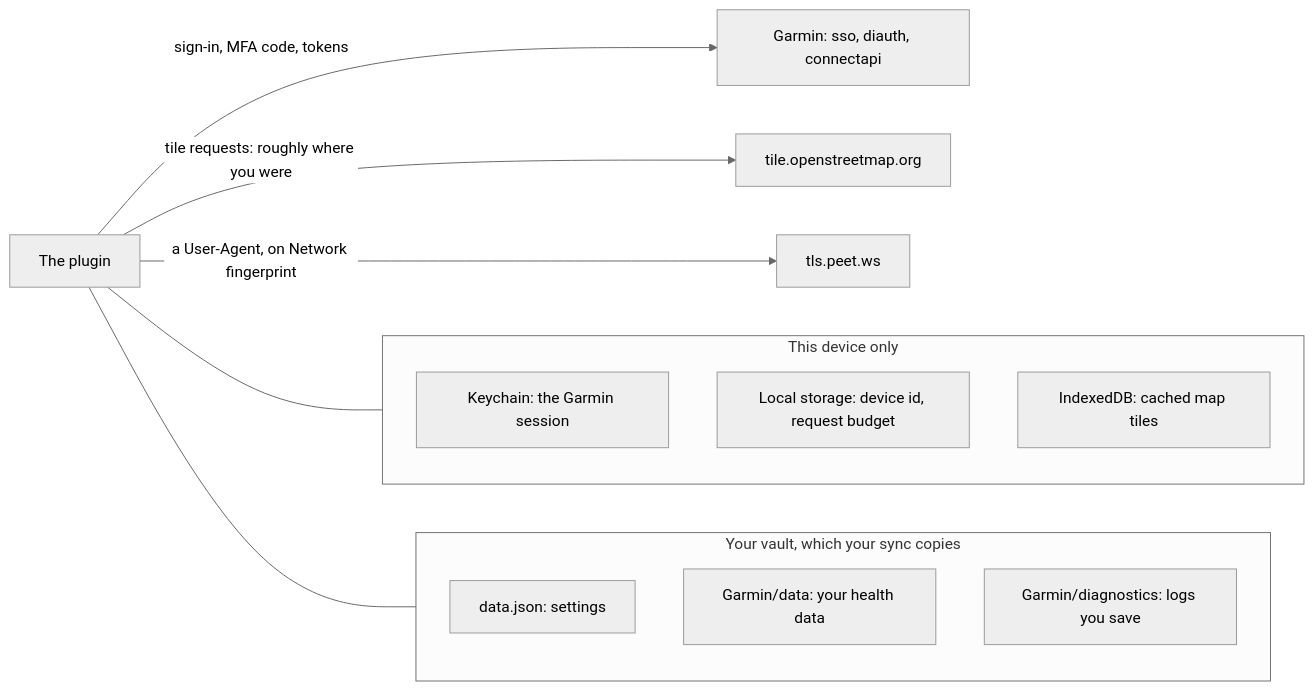
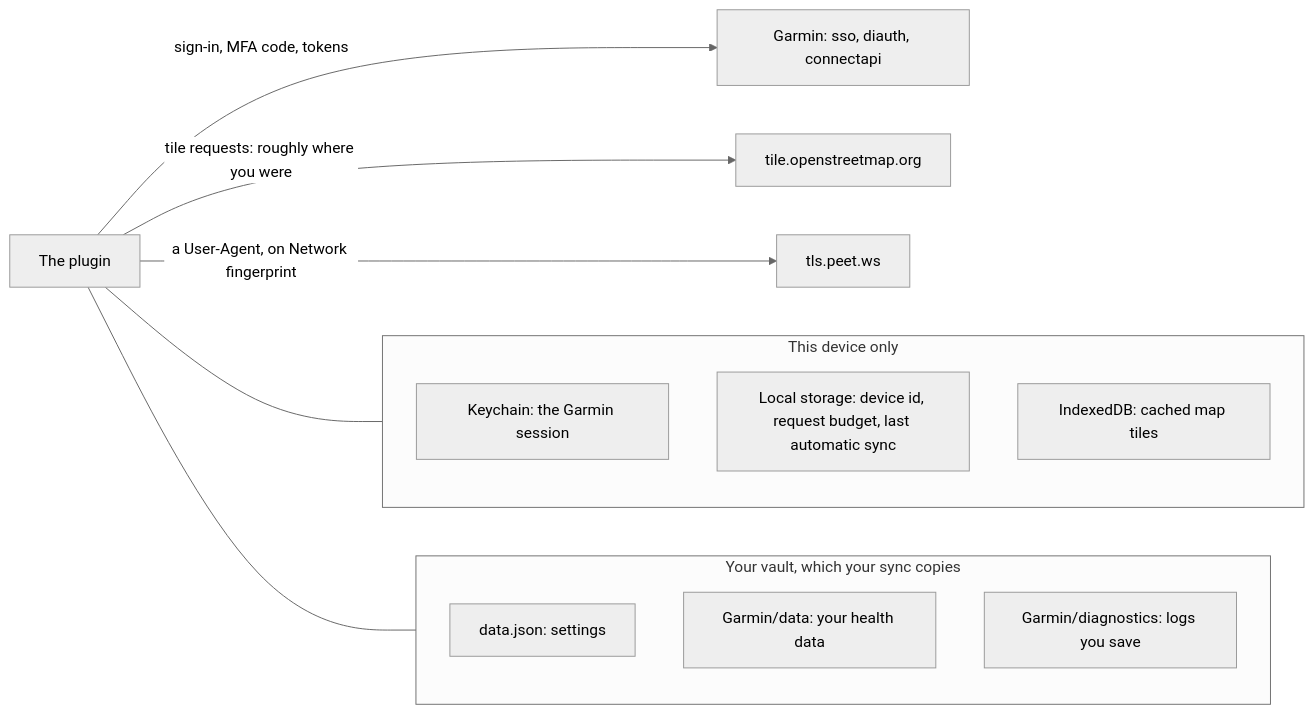
The diagram in docs/SECURITY.md (tareqayz/Obsidian-Garmin-Connect), drawn with Mermaid (neutral theme) before and after one commit. The commit also changed other lines of this file and 138 other files, not shown here.

First line of the commit message:
Feature/automatic sync (#37)

````diff
--- a/docs/SECURITY.md
+++ b/docs/SECURITY.md
@@ -12,18 +12,18 @@
 ```mermaid
 flowchart LR
   subgraph device["This device only"]
     keychain["Keychain: the Garmin session"]
-    local["Local storage: device id, request budget"]
+    local["Local storage: device id, request budget, last automatic sync"]
     tiles["IndexedDB: cached map tiles"]
   end
   subgraph vault["Your vault, which your sync copies"]
     settings["data.json: settings"]
     data["Garmin/data: your health data"]
     logs["Garmin/diagnostics: logs you save"]
   end
   plugin["The plugin"] --- device
   plugin --- vault
   plugin -->|"sign-in, MFA code, tokens"| garmin["Garmin: sso, diauth, connectapi"]
   plugin -->|"tile requests: roughly where you were"| osm["tile.openstreetmap.org"]
   plugin -->|"a User-Agent, on Network fingerprint"| peet["tls.peet.ws"]
 ```
````
